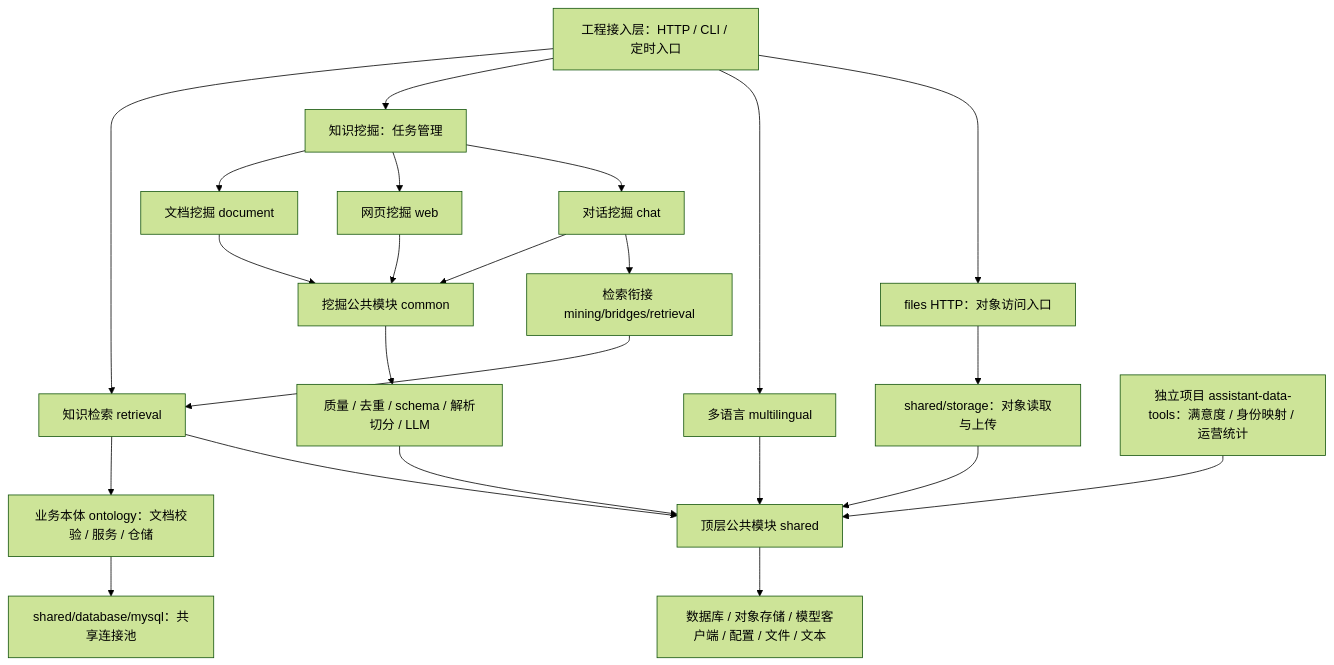
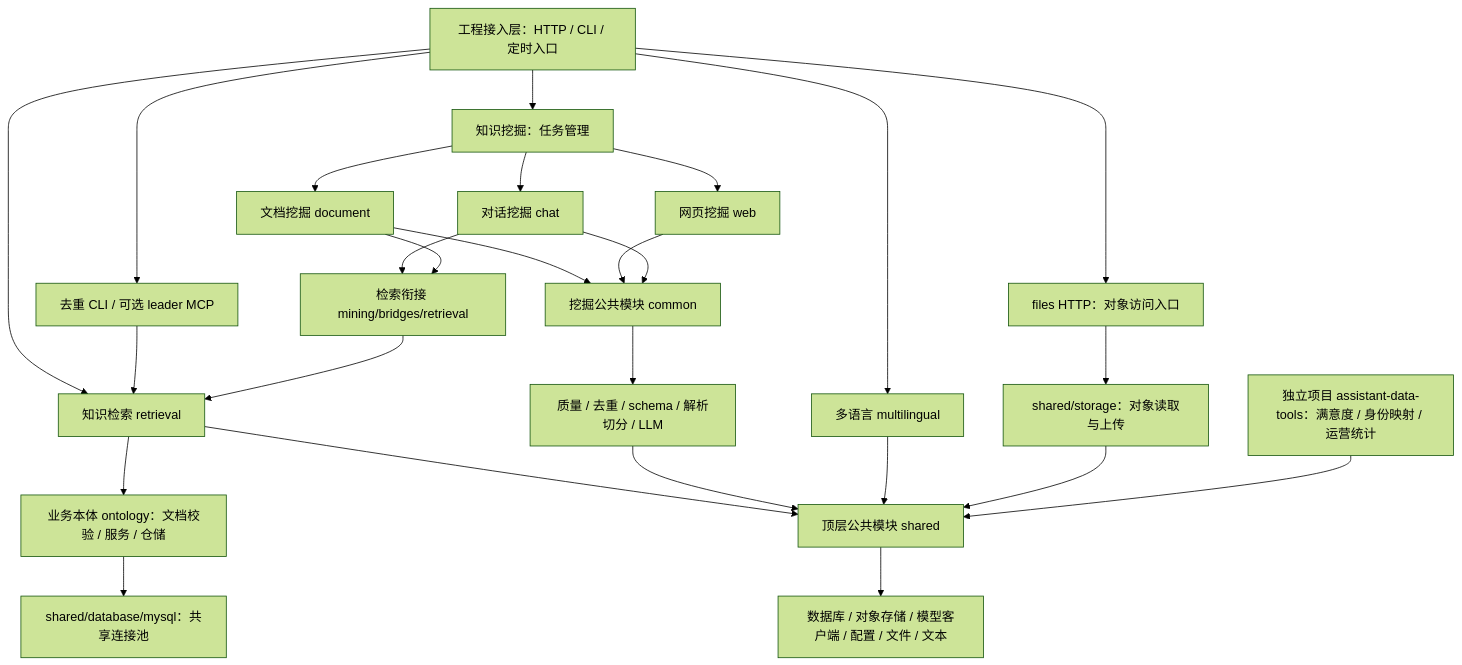
The third of 3 diagrams in docs/Architecture_Overview_Diagram.md (chenqishi/kdb-forge), drawn with Mermaid (forest theme) before and after one commit. The commit also changed other lines of this file and 180 other files, not shown here.

````diff
--- a/docs/Architecture_Overview_Diagram.md
+++ b/docs/Architecture_Overview_Diagram.md
@@ -52,26 +84,29 @@
 ```mermaid
 flowchart TB
   ENTRY[工程接入层：HTTP / CLI / 定时入口]
   ENTRY --> RET[知识检索 retrieval]
   RET --> ONTOLOGY[业务本体 ontology：文档校验 / 服务 / 仓储]
   ONTOLOGY --> MYSQL[shared/database/mysql：共享连接池]
   ENTRY --> TASK[知识挖掘：任务管理]
   ENTRY --> LANG[多语言 multilingual]
   ENTRY --> FILES[files HTTP：对象访问入口]
   FILES --> STORAGE[shared/storage：对象读取与上传]
   TASK --> DOC[文档挖掘 document]
   TASK --> WEB[网页挖掘 web]
   TASK --> CHAT[对话挖掘 chat]
   DOC --> COMMON[挖掘公共模块 common]
   WEB --> COMMON
   CHAT --> COMMON
   CHAT --> BRIDGE[检索衔接 mining/bridges/retrieval]
+  DOC --> BRIDGE
+  ENTRY --> DEDUP[去重 CLI / 可选 leader MCP]
+  DEDUP --> RET
   BRIDGE --> RET
   COMMON --> QUALITY[质量 / 去重 / schema / 解析切分 / LLM]
   RET --> SHARED[顶层公共模块 shared]
   QUALITY --> SHARED
   LANG --> SHARED
   STORAGE --> SHARED
   SHARED --> INFRA[数据库 / 对象存储 / 模型客户端 / 配置 / 文件 / 文本]
   AUX[独立项目 assistant-data-tools：满意度 / 身份映射 / 运营统计] --> SHARED
 ```
````
